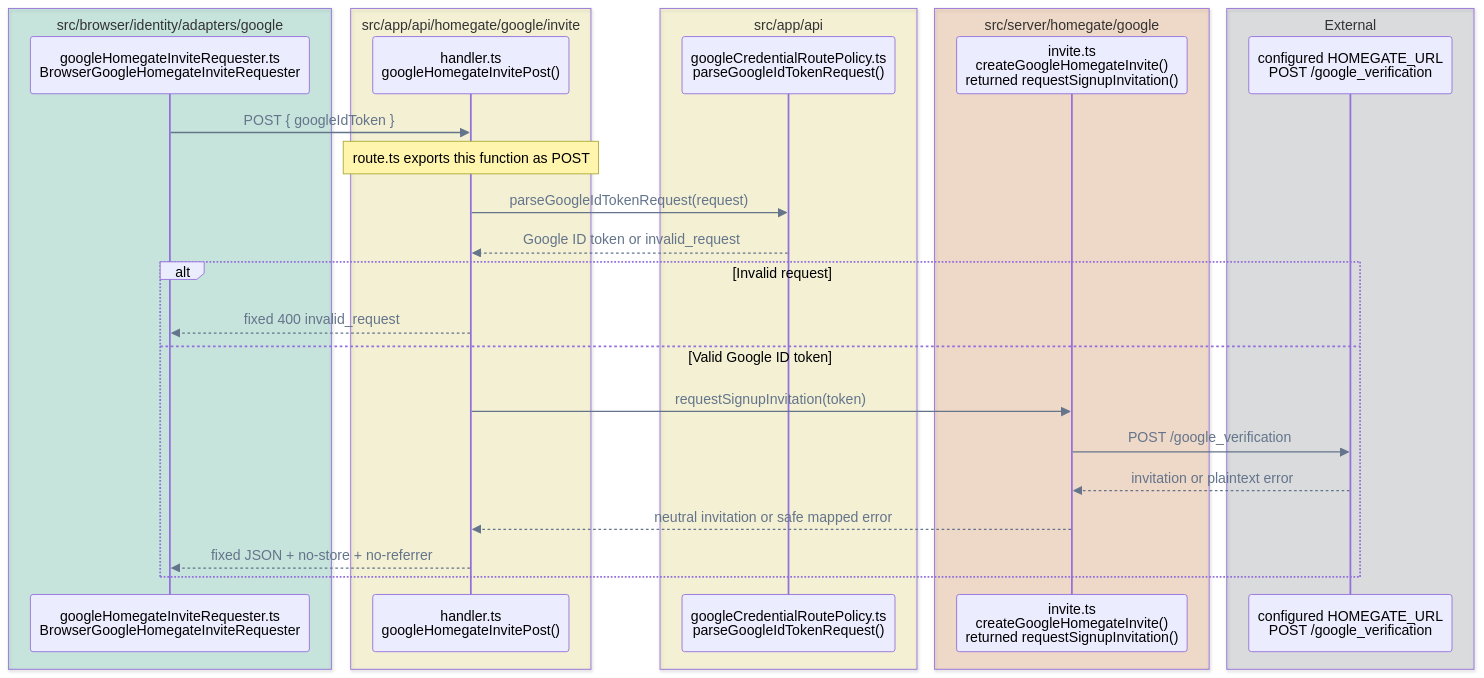
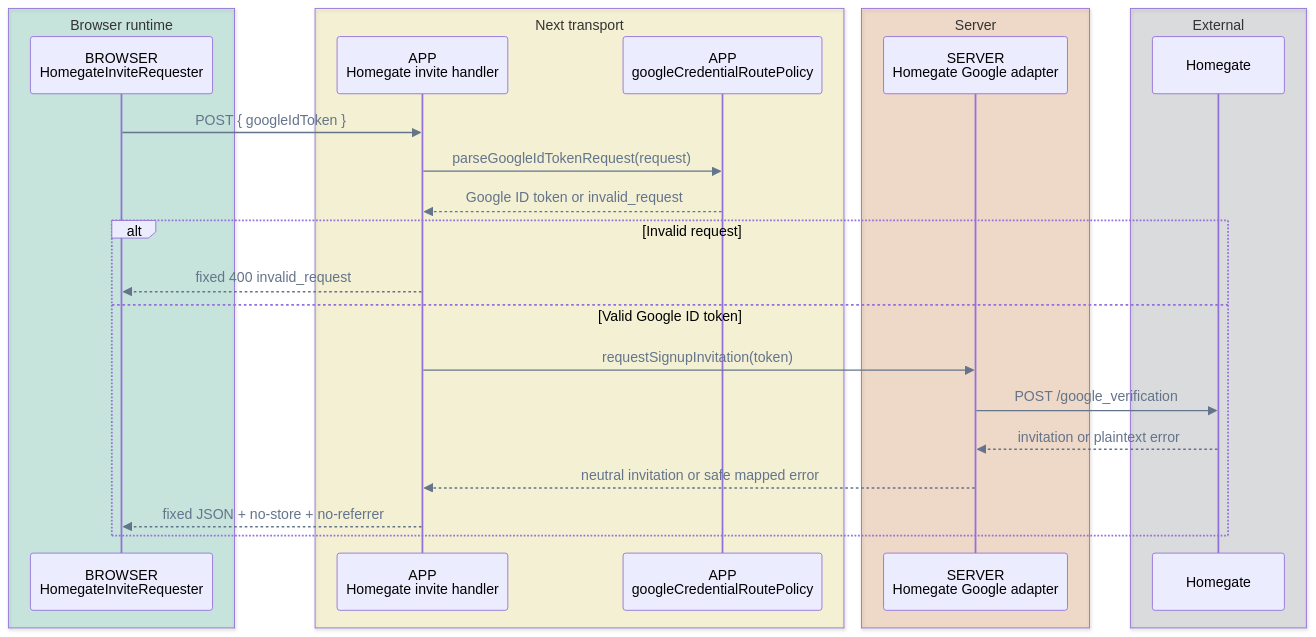
One commit to pubky/pubky-passport changed diagram 14 of 14 in FLOWS.md. Above: the diagram before and after it, drawn with Mermaid. The commit also changed other lines of this file, not shown here.

````diff
--- a/FLOWS.md
+++ b/FLOWS.md
@@ -767,35 +756,32 @@
 ```mermaid
 %%{init: {"themeVariables": {"signalColor": "#64748B", "signalTextColor": "#64748B"}}}%%
 sequenceDiagram
     accTitle: Homegate invitation API call flow
     accDescr: The route forwards only the Google ID token to Homegate and maps the invitation or error to a fixed browser response.
-    box rgba(0, 158, 115, 0.18) src/browser/identity/adapters/google
-        participant Browser as googleHomegateInviteRequester.ts<br/>BrowserGoogleHomegateInviteRequester
+    box rgba(0, 158, 115, 0.18) Browser runtime
+        participant Browser as BROWSER<br/>HomegateInviteRequester
     end
-    box rgba(240, 228, 66, 0.18) src/app/api/homegate/google/invite
-        participant Handler as handler.ts<br/>googleHomegateInvitePost()
+    box rgba(240, 228, 66, 0.18) Next transport
+        participant Handler as APP<br/>Homegate invite handler
+        participant Policy as APP<br/>googleCredentialRoutePolicy
     end
-    box rgba(240, 228, 66, 0.18) src/app/api
-        participant Policy as googleCredentialRoutePolicy.ts<br/>parseGoogleIdTokenRequest()
-    end
-    box rgba(213, 94, 0, 0.18) src/server/homegate/google
-        participant Adapter as invite.ts<br/>createGoogleHomegateInvite()<br/>returned requestSignupInvitation()
+    box rgba(213, 94, 0, 0.18) Server
+        participant Adapter as SERVER<br/>Homegate Google adapter
     end
     box rgba(17, 24, 39, 0.12) External
-        participant Homegate as configured HOMEGATE_URL<br/>POST /google_verification
+        participant Homegate as Homegate
     end
 
     Browser->>Handler: POST { googleIdToken }
-    Note over Handler: route.ts exports this function as POST
     Handler->>Policy: parseGoogleIdTokenRequest(request)
     Policy-->>Handler: Google ID token or invalid_request
     alt Invalid request
         Handler-->>Browser: fixed 400 invalid_request
     else Valid Google ID token
         Handler->>Adapter: requestSignupInvitation(token)
         Adapter->>Homegate: POST /google_verification
         Homegate-->>Adapter: invitation or plaintext error
         Adapter-->>Handler: neutral invitation or safe mapped error
         Handler-->>Browser: fixed JSON + no-store + no-referrer
     end
 ```
````
